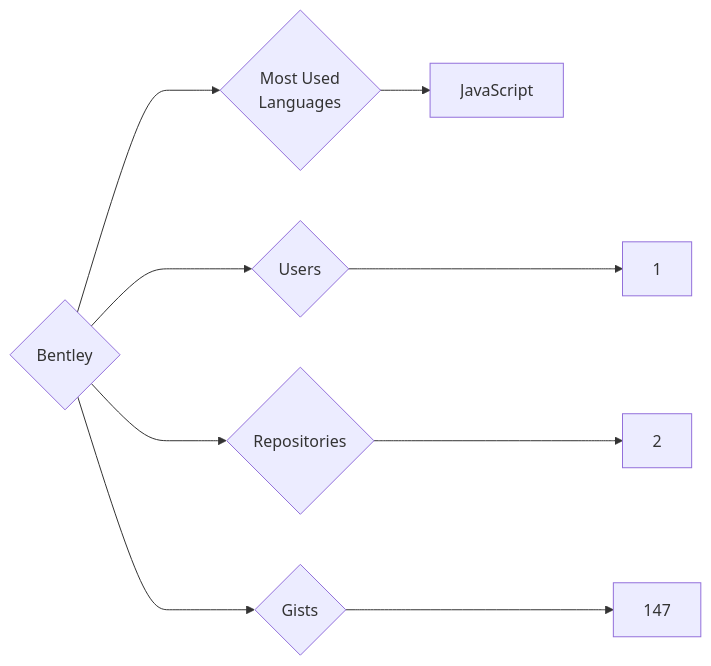
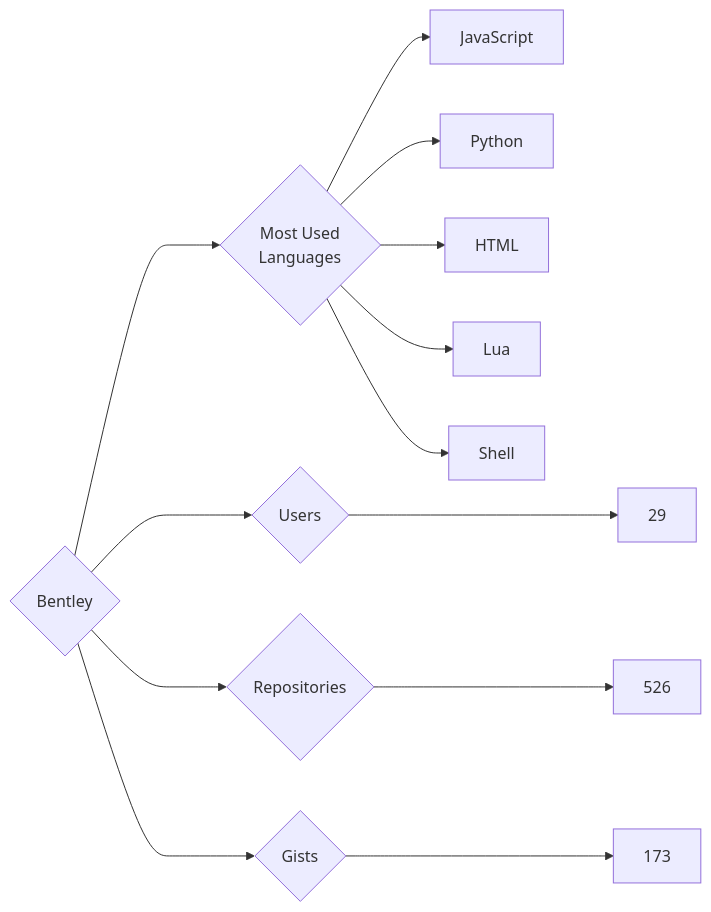
Before and after one commit to trickest/insiders: the diagram in targets/Bentley/README.md, drawn with Mermaid. The commit also changed 614 other files, not shown here.

````diff
--- a/targets/Bentley/README.md
+++ b/targets/Bentley/README.md
@@ -3,9 +3,13 @@
 ```mermaid
 graph LR
 COMPANY_NAME{Bentley}
-COMPANY_NAME ---> U{Users} ---> UN[1]
-COMPANY_NAME ---> R{Repositories} ---> RN[2]
-COMPANY_NAME ---> G{Gists} ---> GN[147]
+COMPANY_NAME ---> U{Users} ---> UN[29]
+COMPANY_NAME ---> R{Repositories} ---> RN[526]
+COMPANY_NAME ---> G{Gists} ---> GN[173]
 COMPANY_NAME ---> ML{Most Used<br>Languages}
 ML --> JavaScript[JavaScript]
+ML --> Python[Python]
+ML --> HTML[HTML]
+ML --> Lua[Lua]
+ML --> Shell[Shell]
 ```
````
